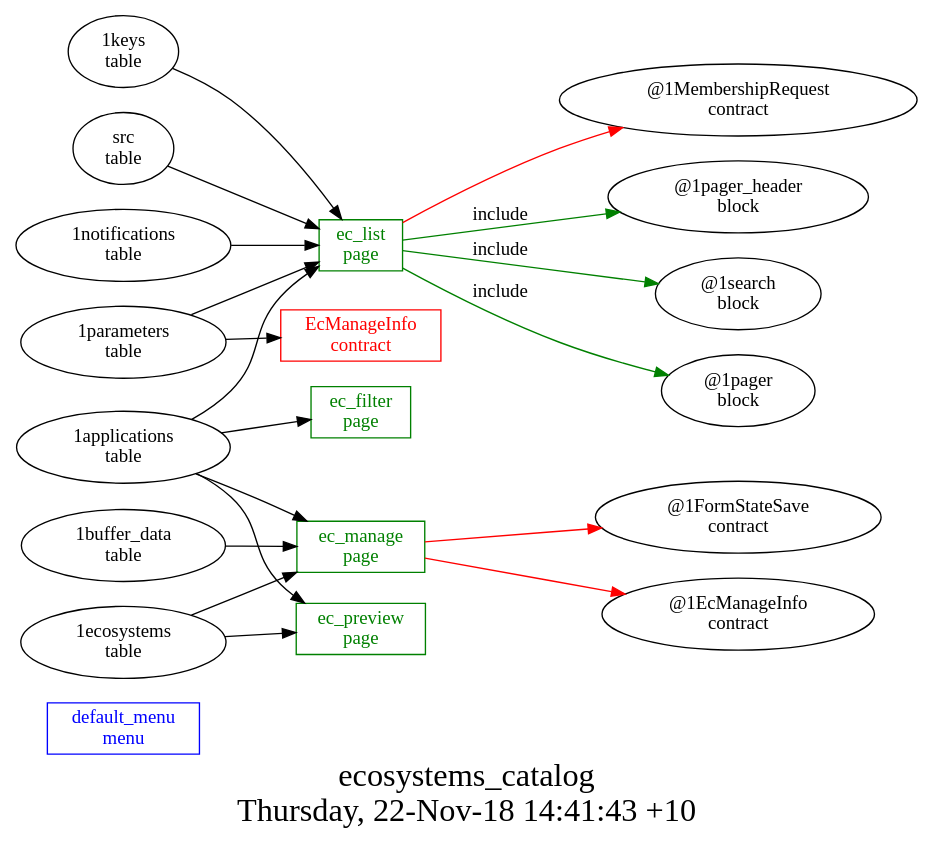
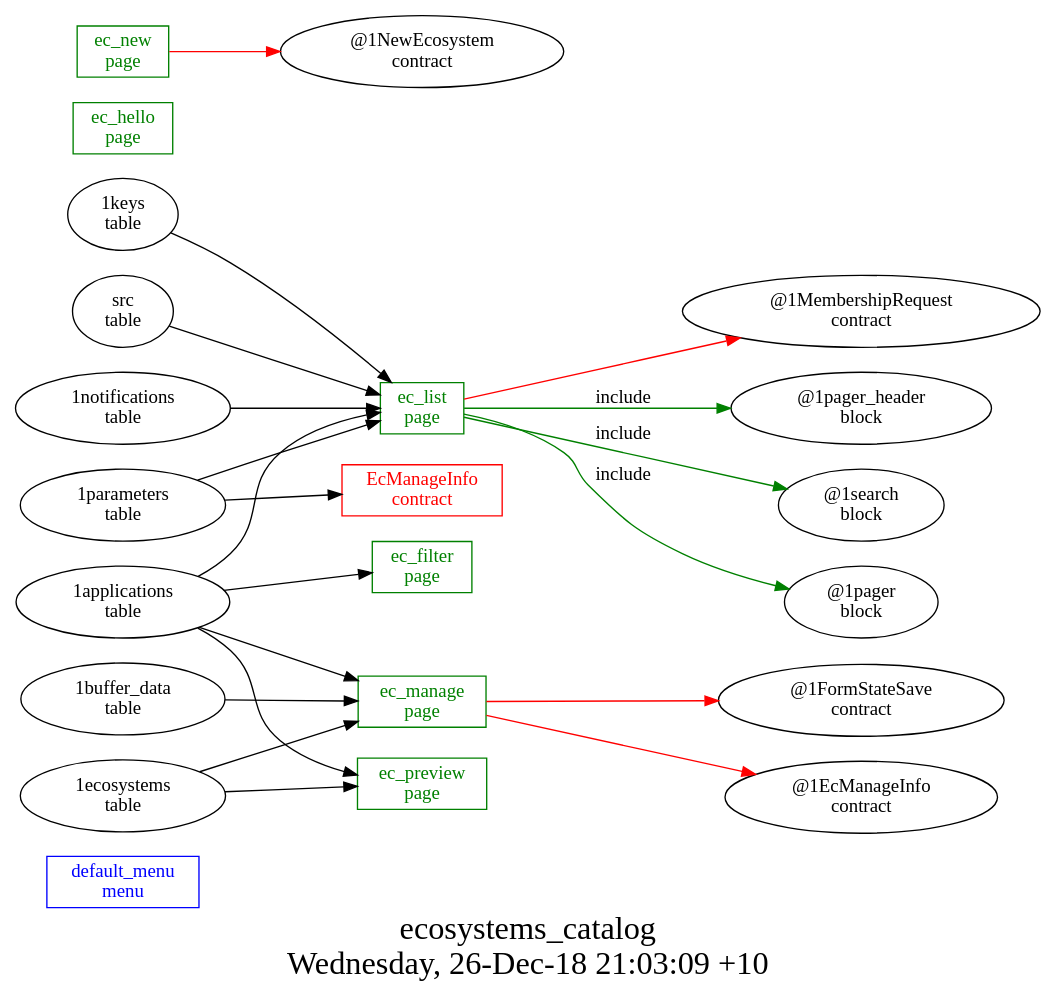
One commit to AplaProject/apps changed the diagram in platform_apps/ecosystems_catalog/struct.dot. Above: the diagram before and after it, drawn with Graphviz. The commit also changed 4 other files, not shown here.

Commit message:
Fixed ecosystems_catalog

```diff
--- a/platform_apps/ecosystems_catalog/struct.dot
+++ b/platform_apps/ecosystems_catalog/struct.dot
@@ -1,32 +1,35 @@
 digraph G {
 fontsize="24";
-label="ecosystems_catalog\nThursday, 22-Nov-18 14:41:43 +10";
+label="ecosystems_catalog\nWednesday, 26-Dec-18 21:03:09 +10";
 nojustify=true;
 ordering=out;
 rankdir=LR;
 size="30";
 "default_menu\nmenu" [color=blue, fontcolor=blue, group=menus, shape=record];
 "1applications\ntable" -> "ec_filter\npage"
 "ec_filter\npage" [color=green, fontcolor=green, group=pages, shape=record];
+"ec_hello\npage" [color=green, fontcolor=green, group=pages, shape=record];
 "ec_list\npage" -> "@1MembershipRequest\ncontract"  [ color=red ]
 "1applications\ntable" -> "ec_list\npage"
 "src\ntable" -> "ec_list\npage"
 "1notifications\ntable" -> "ec_list\npage"
 "1keys\ntable" -> "ec_list\npage"
 "1parameters\ntable" -> "ec_list\npage"
 "ec_list\npage" -> "@1pager_header\nblock"  [ color=green, label=include ]
 "ec_list\npage" -> "@1search\nblock"  [ color=green, label=include ]
 "ec_list\npage" -> "@1pager\nblock"  [ color=green, label=include ]
 "ec_list\npage" [color=green, fontcolor=green, group=pages, shape=record];
 "ec_manage\npage" -> "@1FormStateSave\ncontract"  [ color=red ]
 "ec_manage\npage" -> "@1EcManageInfo\ncontract"  [ color=red ]
 "1applications\ntable" -> "ec_manage\npage"
 "1buffer_data\ntable" -> "ec_manage\npage"
 "1ecosystems\ntable" -> "ec_manage\npage"
 "ec_manage\npage" [color=green, fontcolor=green, group=pages, shape=record];
+"ec_new\npage" -> "@1NewEcosystem\ncontract"  [ color=red ]
+"ec_new\npage" [color=green, fontcolor=green, group=pages, shape=record];
 "1applications\ntable" -> "ec_preview\npage"
 "1ecosystems\ntable" -> "ec_preview\npage"
 "ec_preview\npage" [color=green, fontcolor=green, group=pages, shape=record];
 "1parameters\ntable" -> "EcManageInfo\ncontract"
 "EcManageInfo\ncontract" [color=red, fontcolor=red, group=contracts, shape=record];
 }
```
